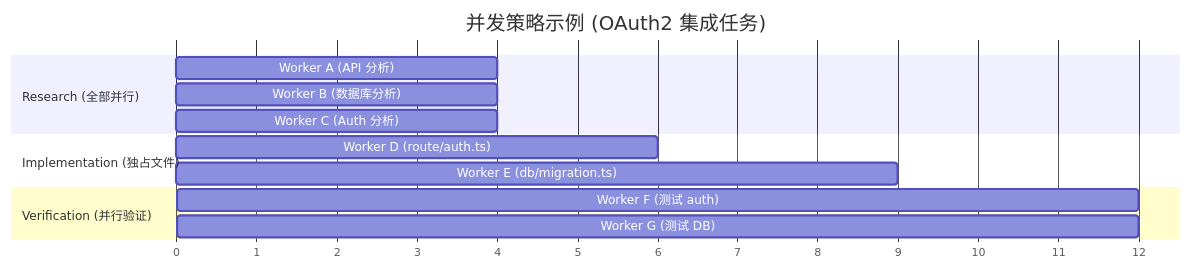
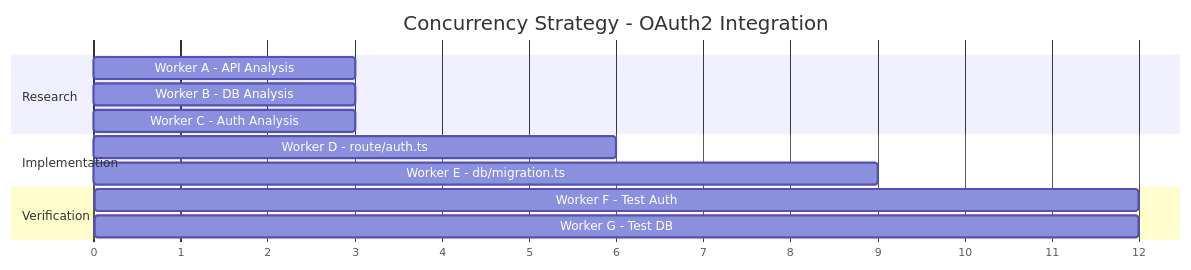
Before and after one commit to farseer285/claude-code-book: the ninth of 11 diagrams in 第三部分-高级模式篇/10-协调器模式-多智能体编排.md, drawn with Mermaid. The commit also changed 1 other file, not shown here.

Commit message:
fix: 修复第10章 Mermaid 甘特图渲染问题
去掉不通用的 leftPadding 配置，用短横线代替冒号和括号避免语法冲突，
修正时间线重叠。中英文同步更新。

````diff
--- a/第三部分-高级模式篇/10-协调器模式-多智能体编排.md
+++ b/第三部分-高级模式篇/10-协调器模式-多智能体编排.md
@@ -398,24 +398,19 @@
 ```mermaid
----
-config:
-  gantt:
-    leftPadding: 150
----
 gantt
-    title 并发策略示例 (OAuth2 集成任务)
+    title Concurrency Strategy - OAuth2 Integration
     dateFormat X
     axisFormat %s
 
-    section Research (全部并行)
-    Worker A (API 分析)     :a1, 0, 4
-    Worker B (数据库分析)   :a2, 0, 4
-    Worker C (Auth 分析)    :a3, 0, 4
+    section Research
+    Worker A - API Analysis     :a1, 0, 3
+    Worker B - DB Analysis      :a2, 0, 3
+    Worker C - Auth Analysis    :a3, 0, 3
 
-    section Implementation (独占文件)
-    Worker D (route/auth.ts) :b1, 3, 6
-    Worker E (db/migration.ts) :b2, 6, 9
+    section Implementation
+    Worker D - route/auth.ts    :b1, 3, 6
+    Worker E - db/migration.ts  :b2, 6, 9
 
-    section Verification (并行验证)
-    Worker F (测试 auth)     :c1, 9, 12
-    Worker G (测试 DB)       :c2, 9, 12
+    section Verification
+    Worker F - Test Auth        :c1, 9, 12
+    Worker G - Test DB          :c2, 9, 12
 ```
````
